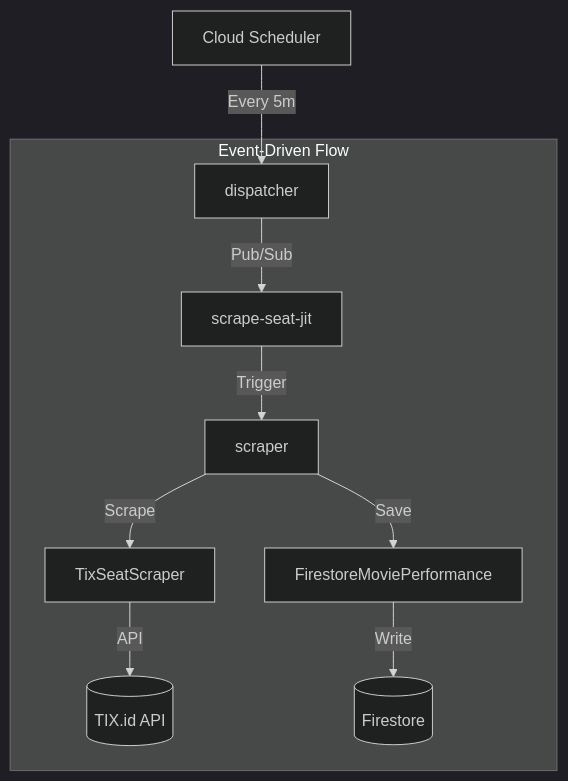
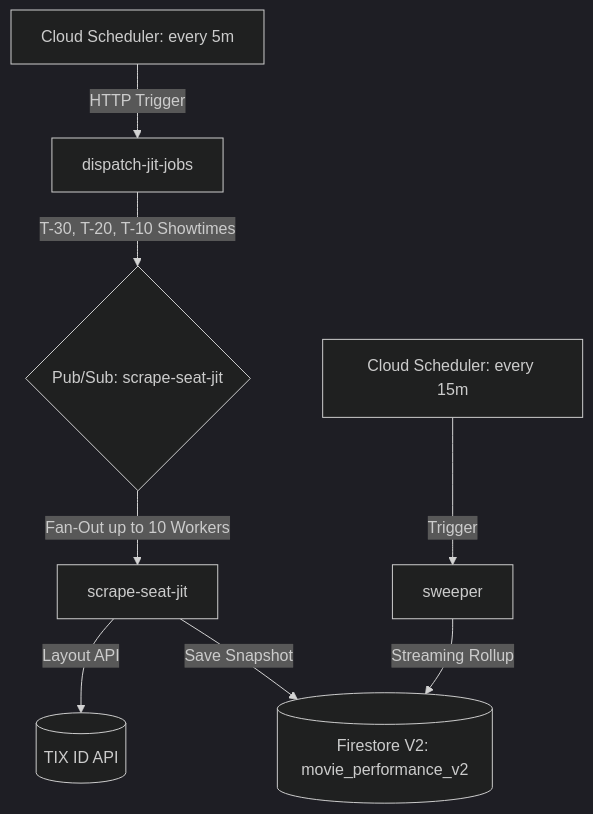
The second of 3 diagrams in backend/README.md (okihita/CineRadar), drawn with Mermaid (dark theme) before and after one commit. The commit also changed other lines of this file and 15 other files, not shown here.

````diff
--- a/backend/README.md
+++ b/backend/README.md
@@ -59,15 +60,13 @@
 ```mermaid
 flowchart TD
-    SCH[Cloud Scheduler] -->|Every 5m| DISP[dispatcher]
+    SCH[Cloud Scheduler: every 5m] -->|HTTP Trigger| DISP[dispatch-jit-jobs]
     
-    subgraph "Event-Driven Flow"
-        DISP -->|Pub/Sub| PS[scrape-seat-jit]
-        PS -->|Trigger| SCR[scraper]
-        
-        SCR -->|Scrape| TSS[TixSeatScraper]
-        TSS -->|API| TIX[(TIX.id API)]
-        
-        SCR -->|Save| MPR[FirestoreMoviePerformance]
-        MPR -->|Write| FS[(Firestore)]
-    end
+    DISP -->|T-30, T-20, T-10 Showtimes| PS{Pub/Sub: scrape-seat-jit}
+    PS -->|Fan-Out up to 10 Workers| SCR[scrape-seat-jit]
+    
+    SCR -->|Layout API| TIX[(TIX ID API)]
+    SCR -->|Save Snapshot| FS[(Firestore V2: movie_performance_v2)]
+    
+    SW_SCH[Cloud Scheduler: every 15m] -->|Trigger| SWEEP[sweeper]
+    SWEEP -->|Streaming Rollup| FS
 ```
````
